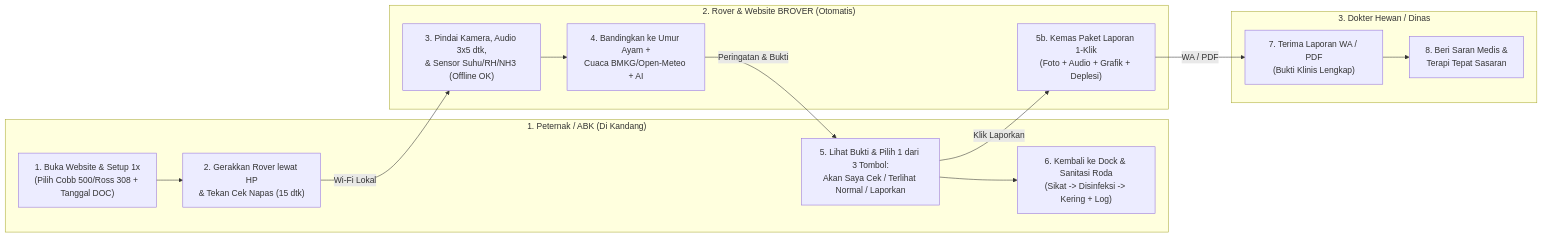
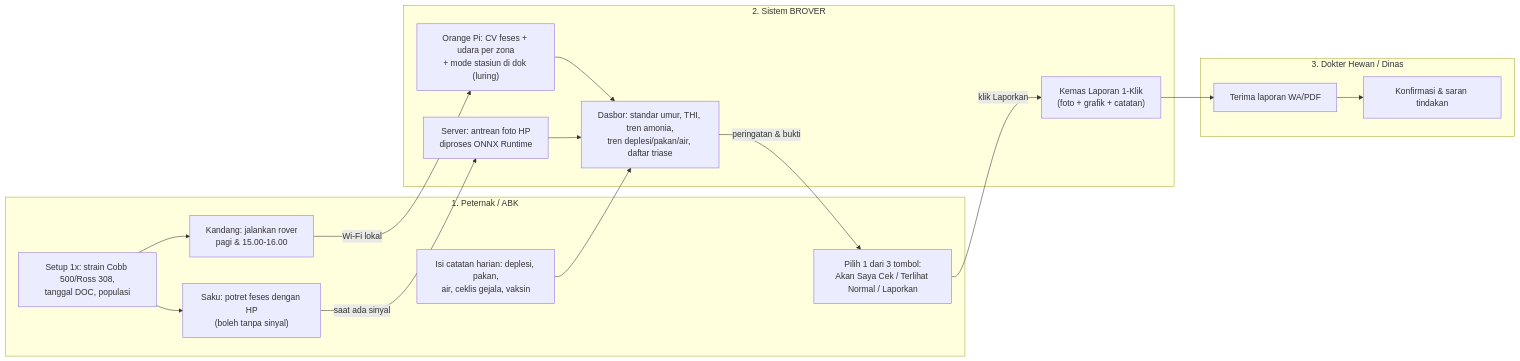
One commit to HikariReiziq/BROVER changed the first of 2 diagrams in 06_Project_Concept_BROVER/PROJECT_CONCEPT_BROVER.md. Above: the diagram before and after it, drawn with Mermaid. The commit also changed other lines of this file and 136 other files, not shown here.

````diff
--- a/06_Project_Concept_BROVER/PROJECT_CONCEPT_BROVER.md
+++ b/06_Project_Concept_BROVER/PROJECT_CONCEPT_BROVER.md
@@ -234,21 +359,32 @@
 ```mermaid
 flowchart LR
-    subgraph U1["1. Peternak / ABK (Di Kandang)"]
-        A1["1. Buka Website & Setup 1x<br/>(Pilih Cobb 500/Ross 308 + Tanggal DOC)"] --> A2["2. Gerakkan Rover lewat HP<br/>& Tekan Cek Napas (15 dtk)"]
-        A5["5. Lihat Bukti & Pilih 1 dari 3 Tombol:<br/>Akan Saya Cek / Terlihat Normal / Laporkan"] --> A6["6. Kembali ke Dock & Sanitasi Roda<br/>(Sikat -> Disinfeksi -> Kering + Log)"]
+    subgraph U1["1. Peternak / ABK"]
+        A0["Setup 1x: strain Cobb 500/Ross 308,<br/>tanggal DOC, populasi"]
+        A1["Kandang: jalankan rover<br/>pagi & 15.00-16.00"]
+        A2["Saku: potret feses dengan HP<br/>(boleh tanpa sinyal)"]
+        A3["Isi catatan harian: deplesi, pakan,<br/>air, ceklis gejala, vaksin"]
+        A5["Pilih 1 dari 3 tombol:<br/>Akan Saya Cek / Terlihat Normal / Laporkan"]
     end
 
-    subgraph U2["2. Rover & Website BROVER (Otomatis)"]
-        B1["3. Pindai Kamera, Audio 3x5 dtk,<br/>& Sensor Suhu/RH/NH3 (Offline OK)"] --> B2["4. Bandingkan ke Umur Ayam +<br/>Cuaca BMKG/Open-Meteo + AI"]
-        B3["5b. Kemas Paket Laporan 1-Klik<br/>(Foto + Audio + Grafik + Deplesi)"]
+    subgraph U2["2. Sistem BROVER"]
+        B1["Orange Pi: CV feses + udara per zona<br/>+ mode stasiun di dok (luring)"]
+        B2["Server: antrean foto HP<br/>diproses ONNX Runtime"]
+        B3["Dasbor: standar umur, THI, tren amonia,<br/>tren deplesi/pakan/air, daftar triase"]
+        B4["Kemas Laporan 1-Klik<br/>(foto + grafik + catatan)"]
     end
 
     subgraph U3["3. Dokter Hewan / Dinas"]
-        C1["7. Terima Laporan WA / PDF<br/>(Bukti Klinis Lengkap)"] --> C2["8. Beri Saran Medis &<br/>Terapi Tepat Sasaran"]
+        C1["Terima laporan WA/PDF"] --> C2["Konfirmasi & saran tindakan"]
     end
 
-    A2 -- "Wi-Fi Lokal" --> B1
-    B2 -- "Peringatan & Bukti" --> A5
-    A5 -- "Klik Laporkan" --> B3
-    B3 -- "WA / PDF" --> C1
+    A0 --> A1
+    A0 --> A2
+    A1 -- "Wi-Fi lokal" --> B1
+    A2 -- "saat ada sinyal" --> B2
+    B1 --> B3
+    B2 --> B3
+    A3 --> B3
+    B3 -- "peringatan & bukti" --> A5
+    A5 -- "klik Laporkan" --> B4
+    B4 --> C1
 ```
````
